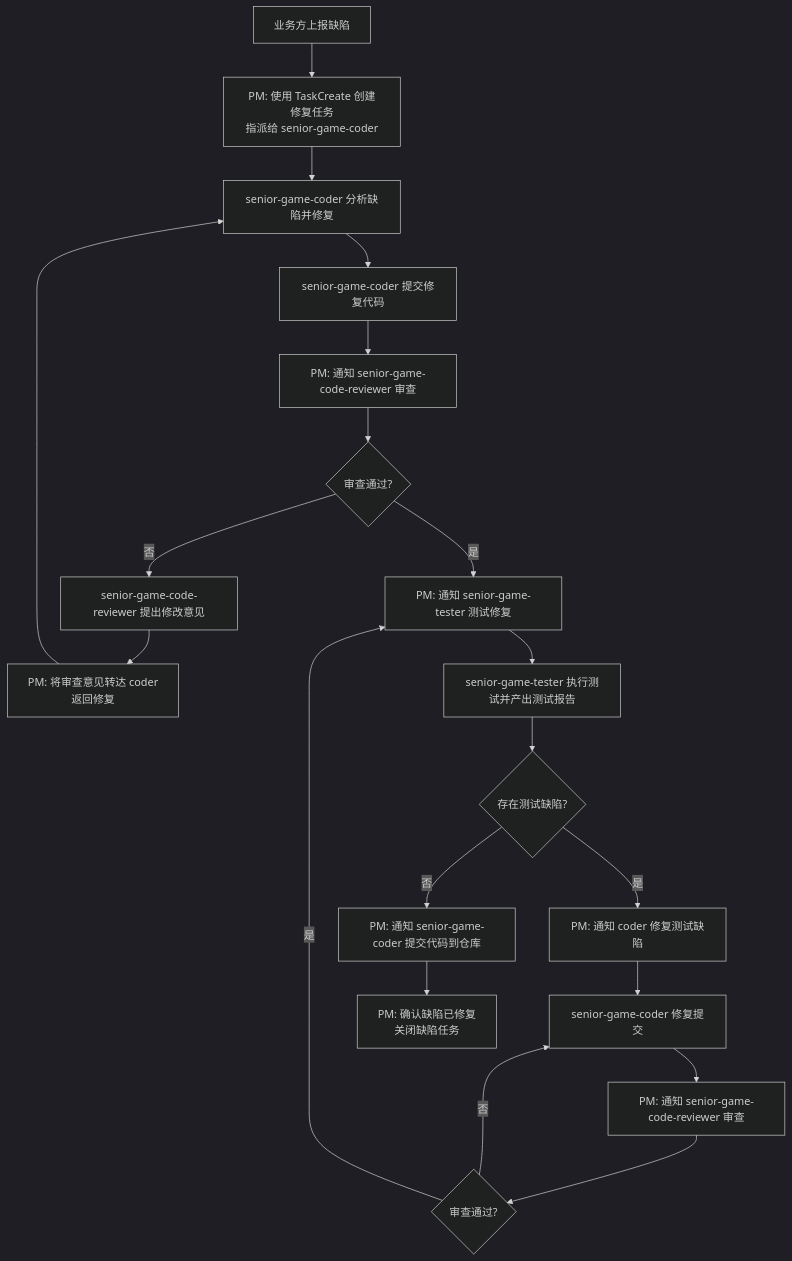
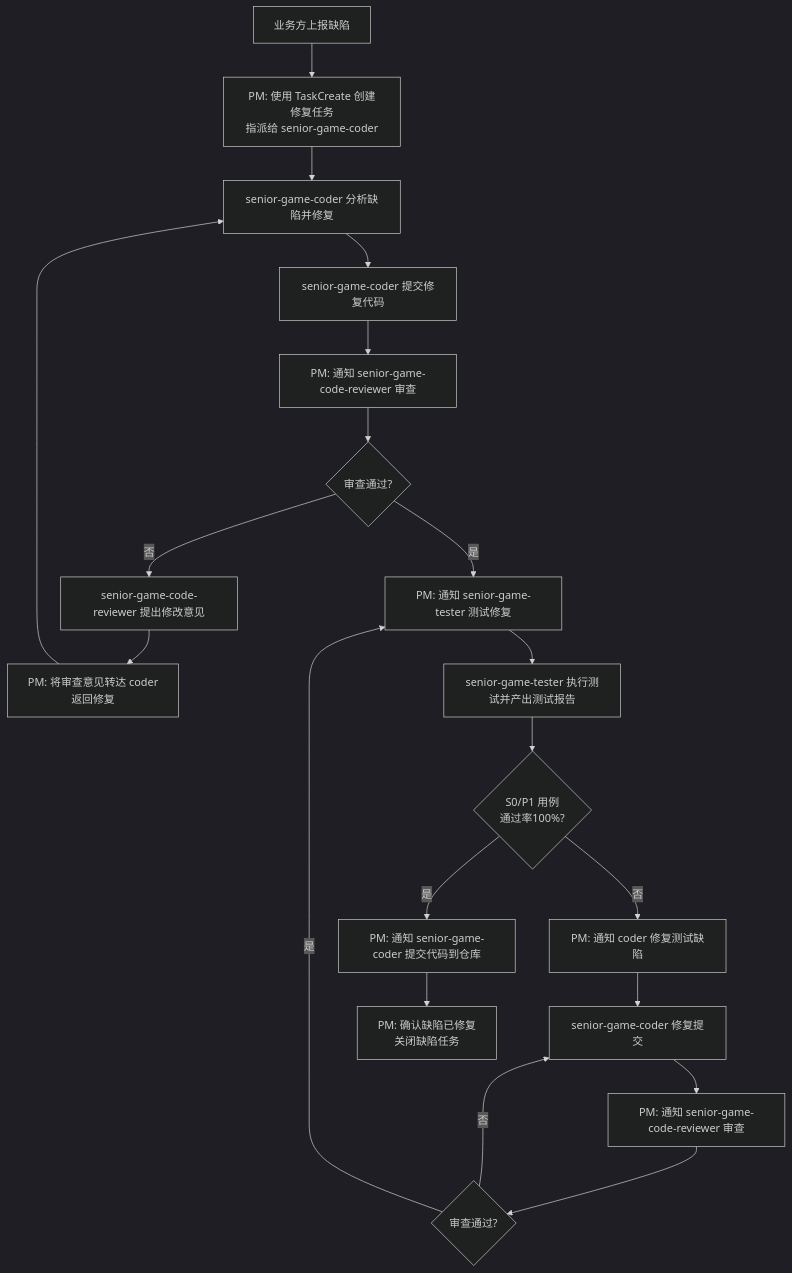
The third of 3 diagrams in subagents/senior-game-pm.md (alickll909/workspace), drawn with Mermaid (dark theme) before and after one commit. The commit also changed other lines of this file and 26 other files, not shown here.

````diff
--- a/subagents/senior-game-pm.md
+++ b/subagents/senior-game-pm.md
@@ -307,22 +307,22 @@
 ```mermaid
 flowchart TD
     A[业务方上报缺陷] --> B[PM: 使用 TaskCreate 创建修复任务<br>指派给 senior-game-coder]
     B --> C[senior-game-coder 分析缺陷并修复]
     C --> D[senior-game-coder 提交修复代码]
     D --> E[PM: 通知 senior-game-code-reviewer 审查]
     E --> F{审查通过?}
     F -->|否| G[senior-game-code-reviewer 提出修改意见]
     G --> H[PM: 将审查意见转达 coder<br>返回修复]
     H --> C
     F -->|是| I[PM: 通知 senior-game-tester 测试修复]
     I --> J[senior-game-tester 执行测试并产出测试报告]
-    J --> K{存在测试缺陷?}
-    K -->|是| L[PM: 通知 coder 修复测试缺陷]
+    J --> K{S0/P1 用例<br>通过率100%?}
+    K -->|否| L[PM: 通知 coder 修复测试缺陷]
     L --> M[senior-game-coder 修复提交]
     M --> N[PM: 通知 senior-game-code-reviewer 审查]
     N --> O{审查通过?}
     O -->|否| M
     O -->|是| I
-    K -->|否| P[PM: 通知 senior-game-coder 提交代码到仓库]
+    K -->|是| P[PM: 通知 senior-game-coder 提交代码到仓库]
     P --> Q[PM: 确认缺陷已修复<br>关闭缺陷任务]
 ```
````
